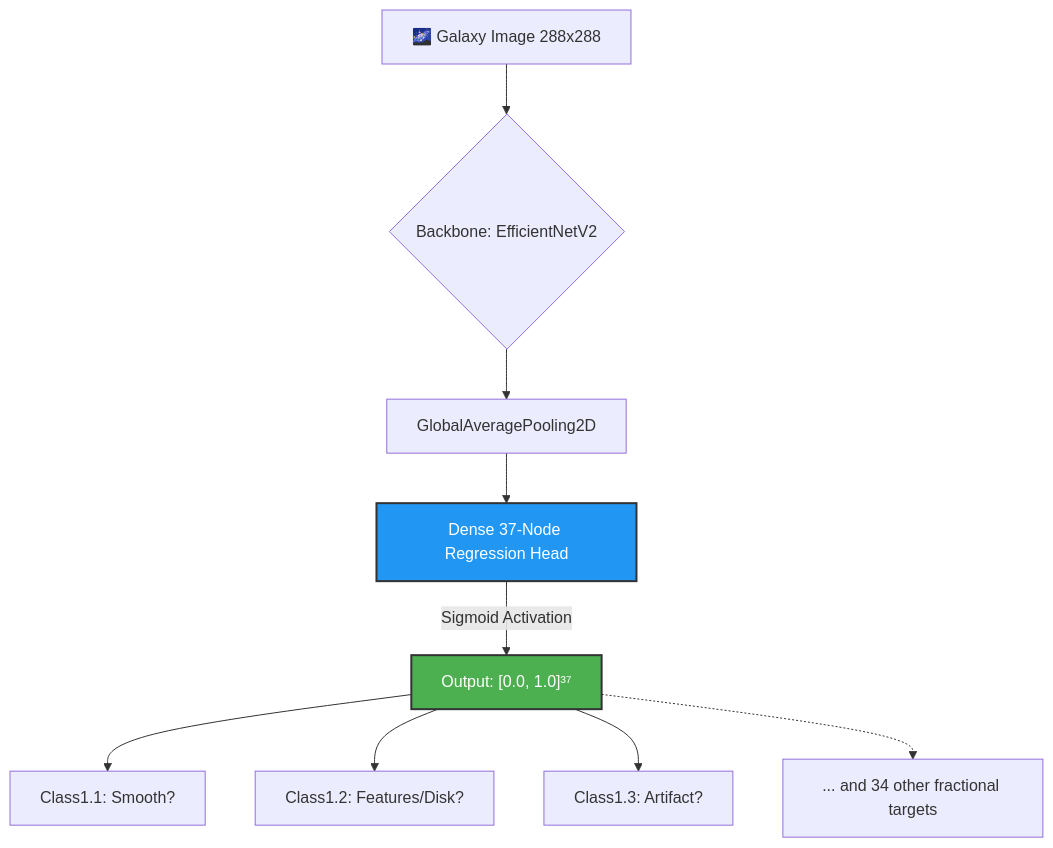
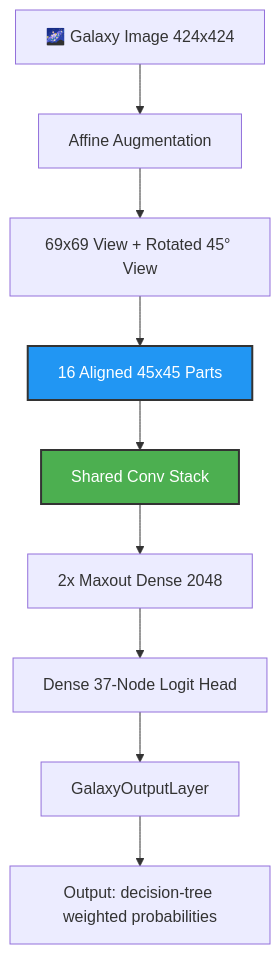
One commit to SanskarSontakke/GalaxyNet-CPU changed the first of 2 diagrams in TECHNICAL_GUIDE.md. Above: the diagram before and after it, drawn with Mermaid. The commit also changed other lines of this file and 14 other files, not shown here.

````diff
--- a/TECHNICAL_GUIDE.md
+++ b/TECHNICAL_GUIDE.md
@@ -13,16 +13,14 @@
 ```mermaid
 graph TD
-    A[🌌 Galaxy Image 288x288] --> B{Backbone: EfficientNetV2}
-    B --> C[GlobalAveragePooling2D]
-    C --> D[Dense 37-Node Regression Head]
-    
-    D -- Sigmoid Activation --> E["Output: [0.0, 1.0]³⁷"]
-    
-    E --> F[Class1.1: Smooth?]
-    E --> G[Class1.2: Features/Disk?]
-    E --> H[Class1.3: Artifact?]
-    E -.-> I[... and 34 other fractional targets]
+    A[🌌 Galaxy Image 424x424] --> B[Affine Augmentation]
+    B --> C[69x69 View + Rotated 45° View]
+    C --> D[16 Aligned 45x45 Parts]
+    D --> E[Shared Conv Stack]
+    E --> F[2x Maxout Dense 2048]
+    F --> G[Dense 37-Node Logit Head]
+    G --> H[GalaxyOutputLayer]
+    H --> I["Output: decision-tree weighted probabilities"]
 
     style D fill:#2196F3,stroke:#333,stroke-width:2px,color:#fff
     style E fill:#4CAF50,stroke:#333,stroke-width:2px,color:#fff
 ```
````
